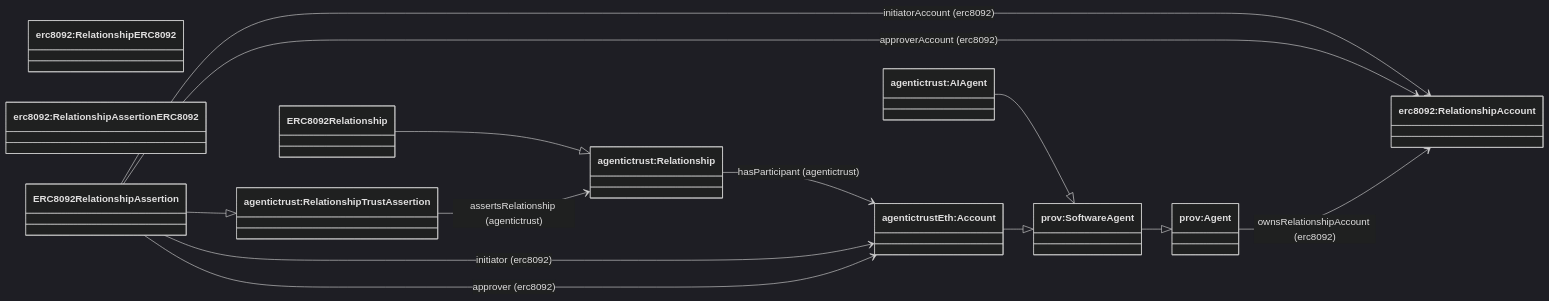
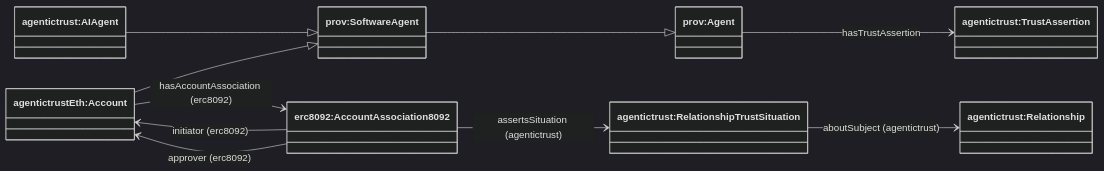
One commit to Agentic-Trust-Layer/agent-explorer changed the diagram in docs/ontology/relationshipassertion.md. Above: the diagram before and after it, drawn with Mermaid (dark theme). The commit also changed other lines of this file and 16 other files, not shown here.

Commit message:
update with trust situation and trust assertion

````diff
--- a/docs/ontology/relationshipassertion.md
+++ b/docs/ontology/relationshipassertion.md
@@ -7,32 +7,27 @@
 ```mermaid
 classDiagram
 direction LR
 
 class provAgent["prov:Agent"]
 class provSoftwareAgent["prov:SoftwareAgent"]
 class Account["agentictrustEth:Account"]
 
 class AIAgent["agentictrust:AIAgent"]
 class Relationship["agentictrust:Relationship"]
-class RelationshipAssertion["agentictrust:RelationshipTrustAssertion"]
+class TrustAssertion["agentictrust:TrustAssertion"]
 
-class RelationshipERC8092["erc8092:RelationshipERC8092"]
-class RelationshipAssertionERC8092["erc8092:RelationshipAssertionERC8092"]
-class RelationshipAccount["erc8092:RelationshipAccount"]
+class AccountAssociation["erc8092:AccountAssociation8092"]
+class RelationshipTrustSituation["agentictrust:RelationshipTrustSituation"]
 
-ERC8092Relationship --|> Relationship
-ERC8092RelationshipAssertion --|> RelationshipAssertion
 AIAgent --|> provSoftwareAgent
 provSoftwareAgent --|> provAgent
 Account --|> provSoftwareAgent
 
-RelationshipAssertion --> Relationship : assertsRelationship (agentictrust)
-Relationship --> Account : hasParticipant (agentictrust)
+provAgent --> TrustAssertion : hasTrustAssertion
+Account --> AccountAssociation : hasAccountAssociation (erc8092)
+AccountAssociation --> RelationshipTrustSituation : assertsSituation (agentictrust)
+RelationshipTrustSituation --> Relationship : aboutSubject (agentictrust)
 
-ERC8092RelationshipAssertion --> Account : initiator (erc8092)
-ERC8092RelationshipAssertion --> Account : approver (erc8092)
-ERC8092RelationshipAssertion --> RelationshipAccount : initiatorAccount (erc8092)
-ERC8092RelationshipAssertion --> RelationshipAccount : approverAccount (erc8092)
-
-provAgent --> RelationshipAccount : ownsRelationshipAccount (erc8092)
+AccountAssociation --> Account : initiator (erc8092)
+AccountAssociation --> Account : approver (erc8092)
 ```
````
